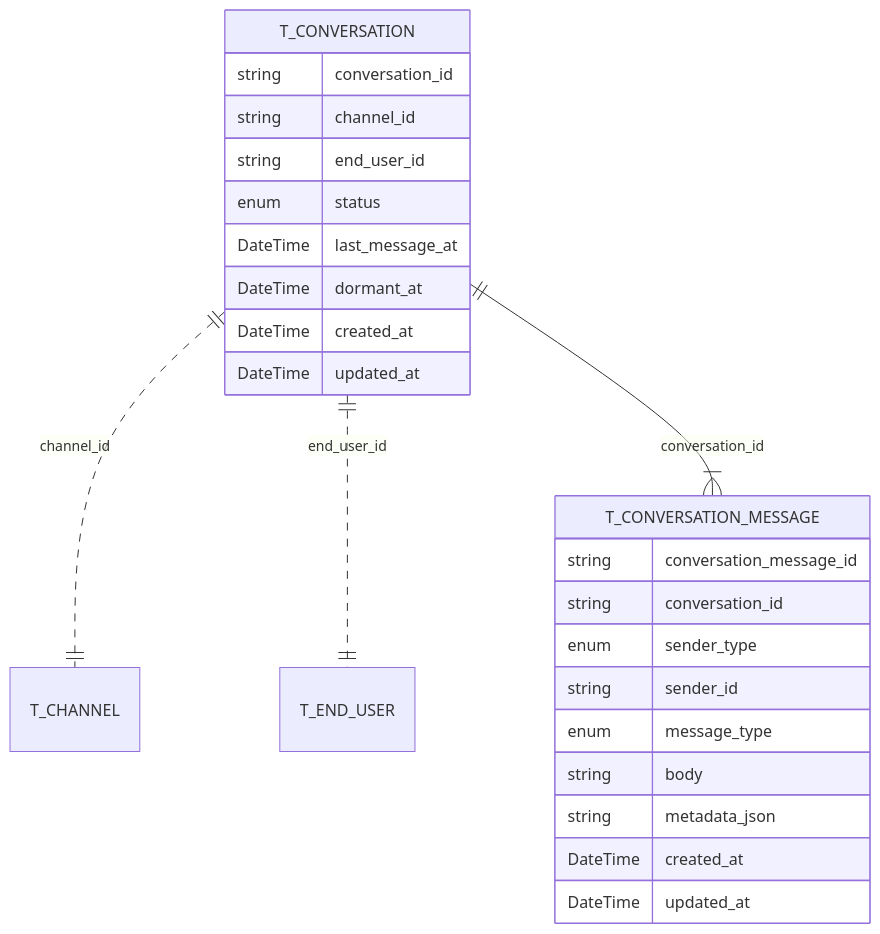
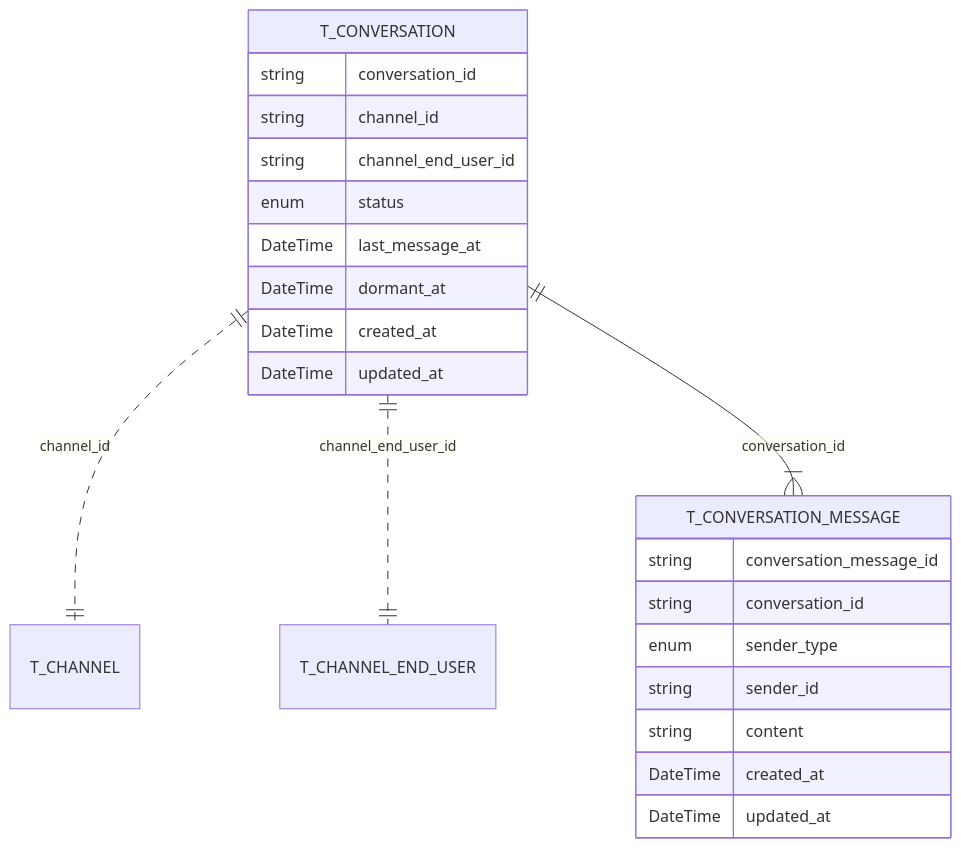
One commit to citron0137/exp-message changed the sixth of 6 diagrams in 00-docs/03-admin/aggregate-root-design.md. Above: the diagram before and after it, drawn with Mermaid. The commit also changed other lines of this file and 2 other files, not shown here.

````diff
--- a/00-docs/03-admin/aggregate-root-design.md
+++ b/00-docs/03-admin/aggregate-root-design.md
@@ -355,29 +355,27 @@
 ```mermaid
 erDiagram
     T_CONVERSATION {
         string conversation_id
         string channel_id
-        string end_user_id
+        string channel_end_user_id
         enum status
         DateTime last_message_at
         DateTime dormant_at
         DateTime created_at
         DateTime updated_at
     }
 
     T_CONVERSATION_MESSAGE {
         string conversation_message_id
         string conversation_id
         enum sender_type
         string sender_id
-        enum message_type
-        string body
-        string metadata_json
+        string content
         DateTime created_at
         DateTime updated_at
     }
 
     T_CONVERSATION ||..|| T_CHANNEL: channel_id
-    T_CONVERSATION ||..|| T_END_USER: end_user_id
+    T_CONVERSATION ||..|| T_CHANNEL_END_USER: channel_end_user_id
     T_CONVERSATION ||--|{ T_CONVERSATION_MESSAGE: conversation_id
 ```
````
